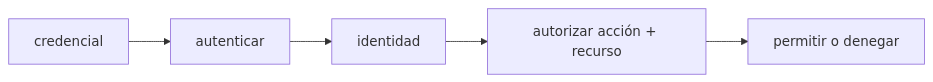
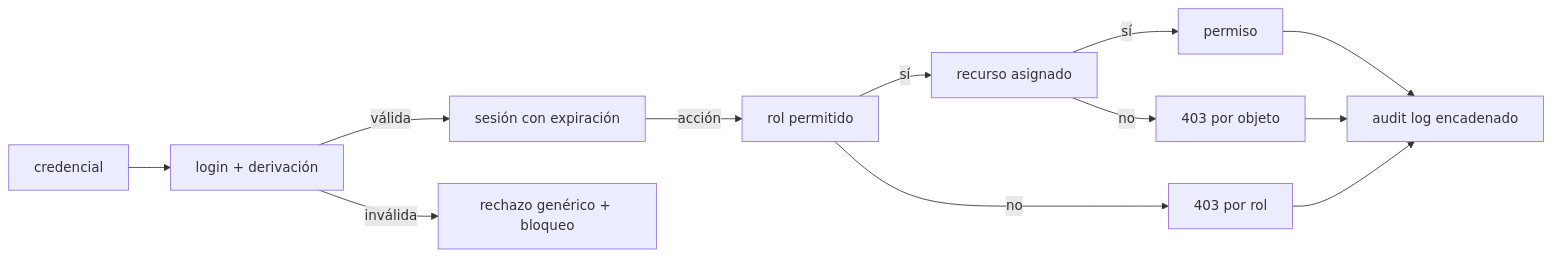
The second of 5 diagrams in web/public/content/foundations/modulo-6.md (NICORUIZ93/The_Imperial_Book), drawn with Mermaid before and after one commit. The commit also changed other lines of this file and 287 other files, not shown here.

````diff
--- a/web/public/content/foundations/modulo-6.md
+++ b/web/public/content/foundations/modulo-6.md
@@ -152,5 +296,14 @@
 ```mermaid
 flowchart LR
-    CRED["credencial"] --> AUTHN["autenticar"] --> ID["identidad"]
-    ID --> AUTHZ["autorizar acción + recurso"] --> DECISION["permitir o denegar"]
+    CRED["credencial"] --> LOGIN["login + derivación"]
+    LOGIN -->|"válida"| SES["sesión con expiración"]
+    LOGIN -->|"inválida"| DENY1["rechazo genérico + bloqueo"]
+    SES -->|"acción"| ROL["rol permitido"]
+    ROL -->|"sí"| OBJ["recurso asignado"]
+    ROL -->|"no"| DENY2["403 por rol"]
+    OBJ -->|"sí"| OK["permiso"]
+    OBJ -->|"no"| DENY3["403 por objeto"]
+    OK --> AUD["audit log encadenado"]
+    DENY2 --> AUD
+    DENY3 --> AUD
 ```
````
